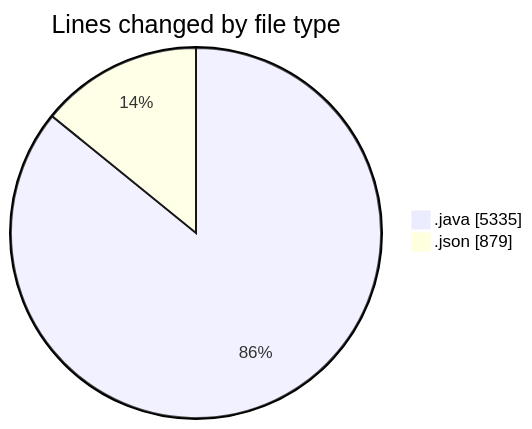
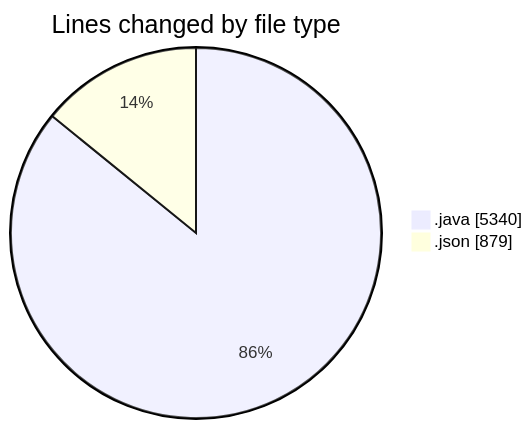
One commit to ricardozamudiocil/code-tracking changed the first of 2 diagrams in 2026-03-18/cilapp/README.md. Above: the diagram before and after it, drawn with Mermaid. The commit also changed other lines of this file and 1 other file, not shown here.

````diff
--- a/2026-03-18/cilapp/README.md
+++ b/2026-03-18/cilapp/README.md
@@ -23,6 +23,6 @@
 ```mermaid
 pie showData
 title Lines changed by file type
-".java" : 5335
+".java" : 5340
 ".json" : 879
 ```
````
